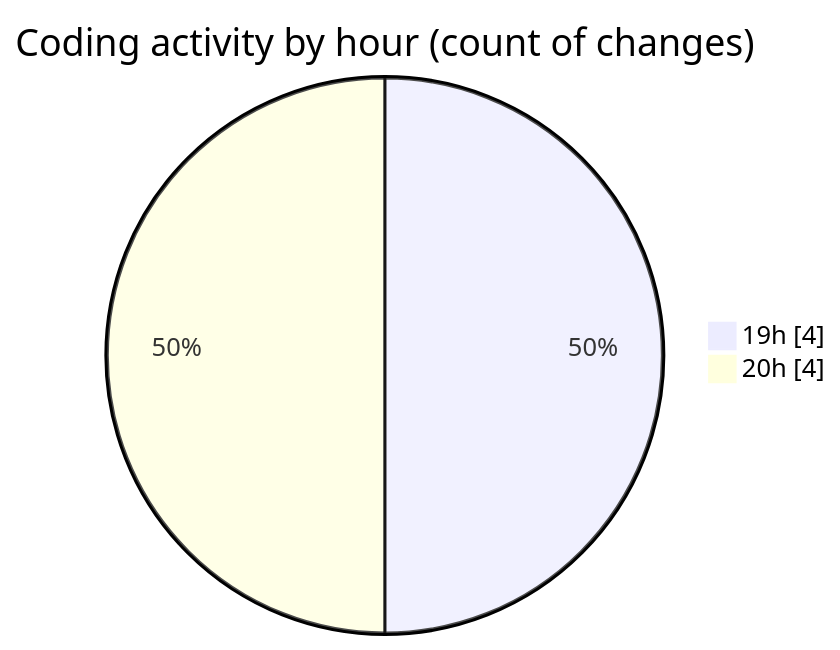
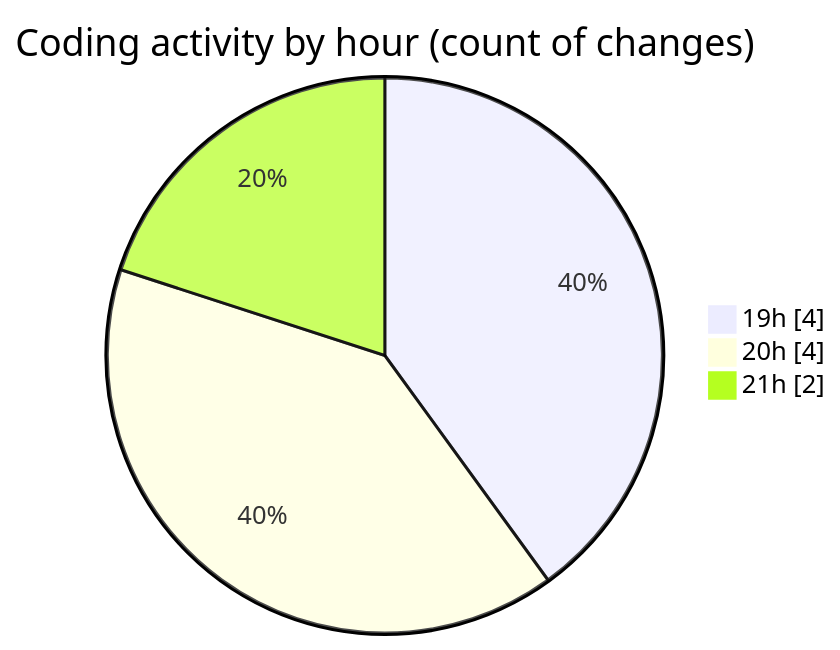
Before and after one commit to NitaiMahat/code-tracking: the second of 2 diagrams in 2025-02-22/coding_prac_7/README.md, drawn with Mermaid. The commit also changed other lines of this file and 1 other file, not shown here.

````diff
--- a/2025-02-22/coding_prac_7/README.md
+++ b/2025-02-22/coding_prac_7/README.md
@@ -29,6 +30,7 @@
 ```mermaid
 pie showData
 title Coding activity by hour (count of changes)
 "19h" : 4
 "20h" : 4
+"21h" : 2
 ```
````
